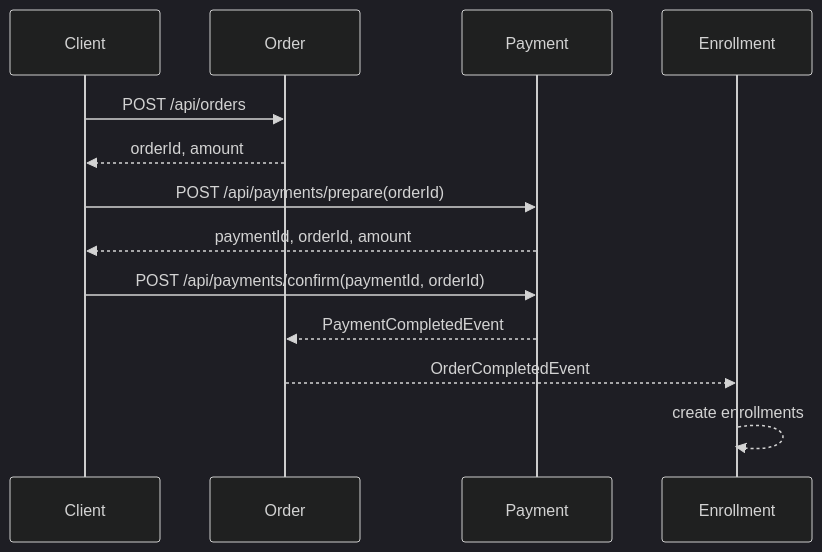
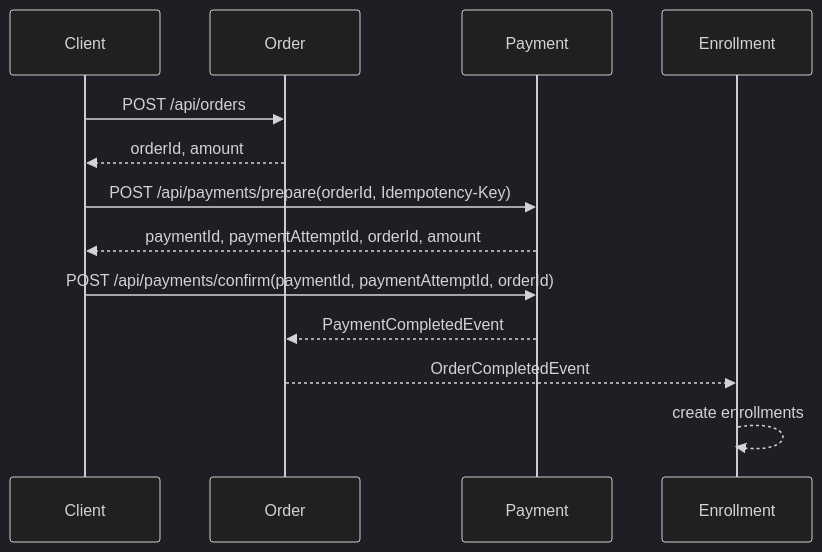
The diagram in docs/architecture/purchase-flow.md (dawwson/lernix-server), drawn with Mermaid (dark theme) before and after one commit. The commit also changed other lines of this file and 41 other files, not shown here.

````diff
--- a/docs/architecture/purchase-flow.md
+++ b/docs/architecture/purchase-flow.md
@@ -16,16 +16,16 @@
 ```mermaid
 sequenceDiagram
     participant Client
     participant Order
     participant Payment
     participant Enrollment
 
     Client->>Order: POST /api/orders
     Order-->>Client: orderId, amount
-    Client->>Payment: POST /api/payments/prepare(orderId)
-    Payment-->>Client: paymentId, orderId, amount
-    Client->>Payment: POST /api/payments/confirm(paymentId, orderId)
+    Client->>Payment: POST /api/payments/prepare(orderId, Idempotency-Key)
+    Payment-->>Client: paymentId, paymentAttemptId, orderId, amount
+    Client->>Payment: POST /api/payments/confirm(paymentId, paymentAttemptId, orderId)
     Payment-->>Order: PaymentCompletedEvent
     Order-->>Enrollment: OrderCompletedEvent
     Enrollment-->>Enrollment: create enrollments
 ```
````
